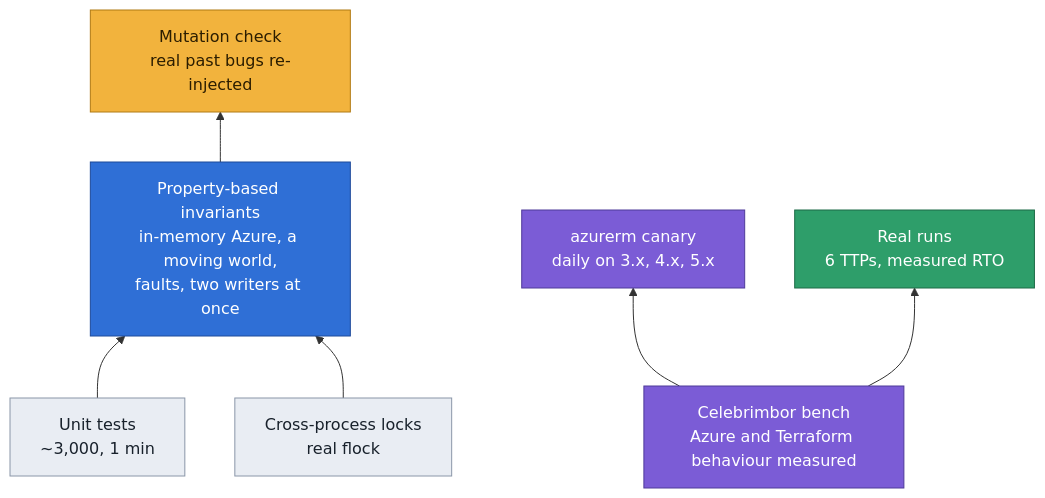
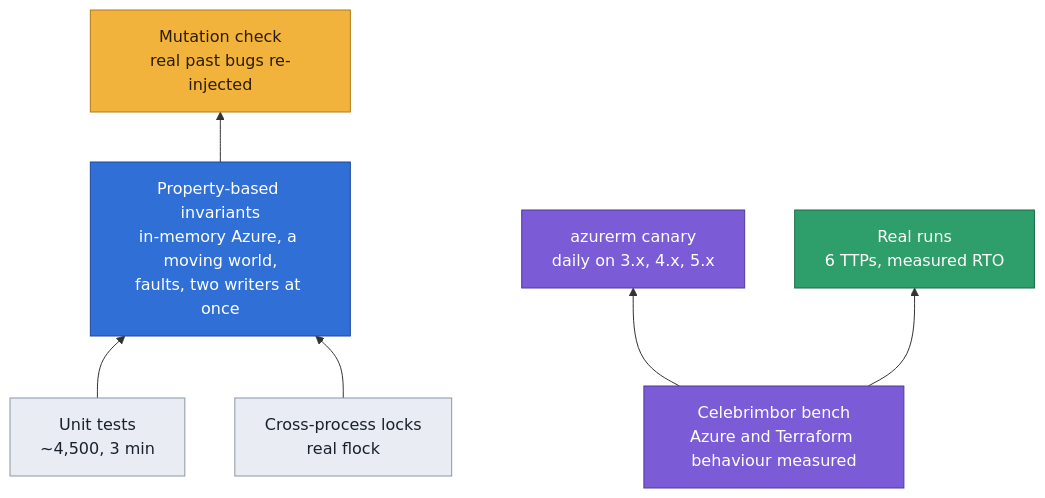
Before and after one commit to Vanyar53/eregion: the third of 3 diagrams in README.md, drawn with Mermaid. The commit also changed other lines of this file, not shown here.

Commit message:
docs(readme): la suite compte ~4 500 tests (plus de 3 000 fonctions après DG-b et I4C)

````diff
--- a/README.md
+++ b/README.md
@@ -799,24 +799,24 @@
 ```mermaid
 flowchart BT
-    U["Unit tests<br/>~3,000, 1 min"]
+    U["Unit tests<br/>~4,500, 3 min"]
     I["Property-based invariants<br/>in-memory Azure, a moving world,<br/>faults, two writers at once"]
     M["Mutation check<br/>real past bugs re-injected"]
     L["Cross-process locks<br/>real flock"]
     B["Celebrimbor bench<br/>Azure and Terraform behaviour measured"]
     C["azurerm canary<br/>daily on 3.x, 4.x, 5.x"]
     R["Real runs<br/>6 TTPs, measured RTO"]
     U --> I --> M
     L --> I
     B --> C
     B --> R
     classDef data fill:#e9edf3,stroke:#8a96a8,color:#18212b
     classDef blue fill:#2f6fd6,stroke:#1d4a9a,color:#ffffff
     classDef guard fill:#f2b33d,stroke:#b07a12,color:#2b1d00
     classDef azure fill:#7b5cd6,stroke:#4f3a99,color:#ffffff
     classDef human fill:#2e9e6a,stroke:#1d6b47,color:#ffffff
     class U,L data
     class I blue
     class M guard
     class B,C azure
     class R human
 ```
````
